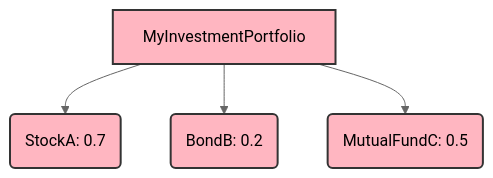
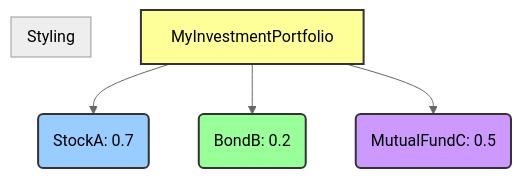
One commit to ikko/sym changed the fourth of 4 diagrams in docs/2_introduction.md. Above: the diagram before and after it, drawn with Mermaid (neutral theme). The commit also changed other lines of this file and 6 other files, not shown here.

````diff
--- a/docs/2_introduction.md
+++ b/docs/2_introduction.md
@@ -175,12 +181,14 @@
 ```mermaid
 graph TD
     P[MyInvestmentPortfolio]
     P --> S1(StockA: 0.7)
     P --> B1(BondB: 0.2)
     P --> M1(MutualFundC: 0.5)
 
-    style P fill:#FFB6C1,stroke:#333,stroke-width:2px,color:#000000
-    style S1 fill:#FFB6C1,stroke:#333,stroke-width:2px,color:#000000
-    style B1 fill:#FFB6C1,stroke:#333,stroke-width:2px,color:#000000
-    style M1 fill:#FFB6C1,stroke:#333,stroke-width:2px,color:#000000
+    subgraph "Styling"
+        style P fill:#ff9,stroke:#333,stroke-width:2px
+        style S1 fill:#9cf,stroke:#333,stroke-width:2px
+        style B1 fill:#9f9,stroke:#333,stroke-width:2px
+        style M1 fill:#c9f,stroke:#333,stroke-width:2px
+    end
 ```
````
